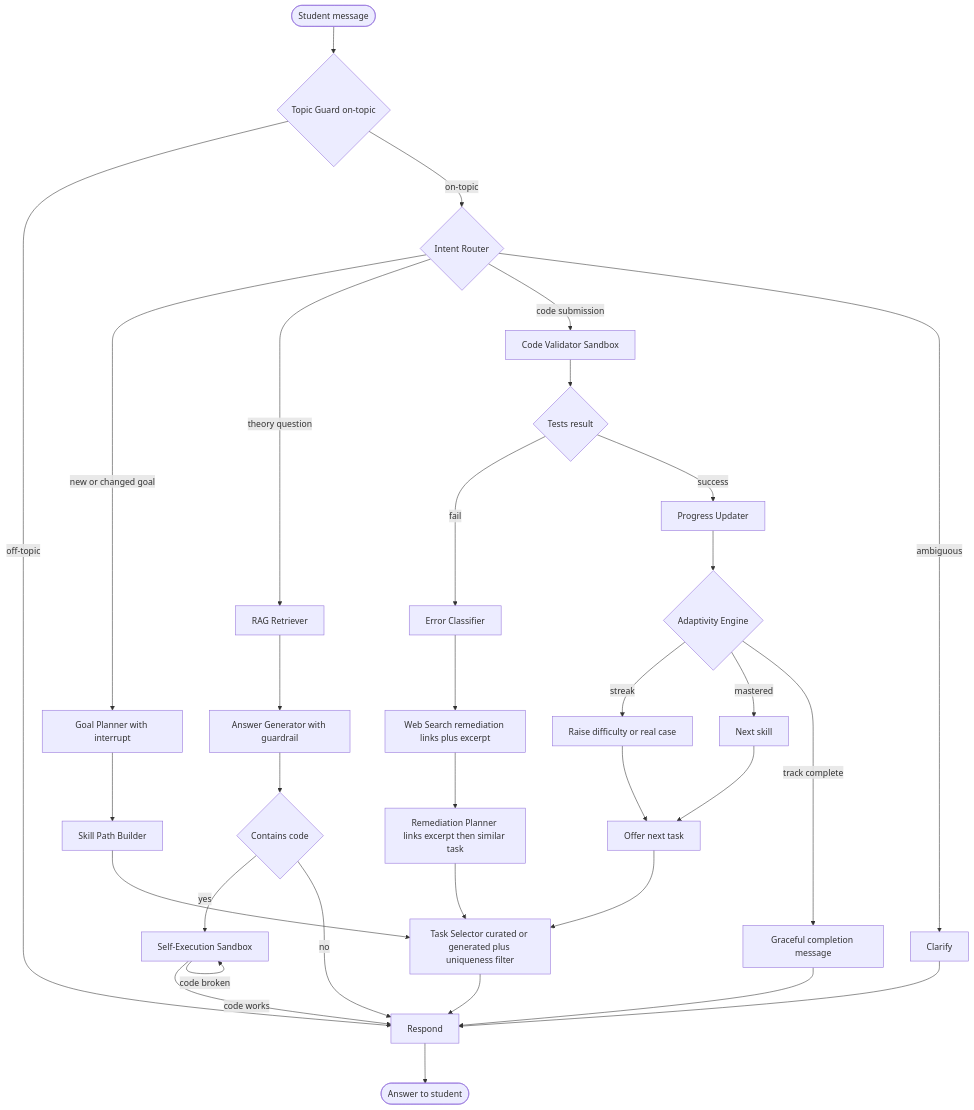
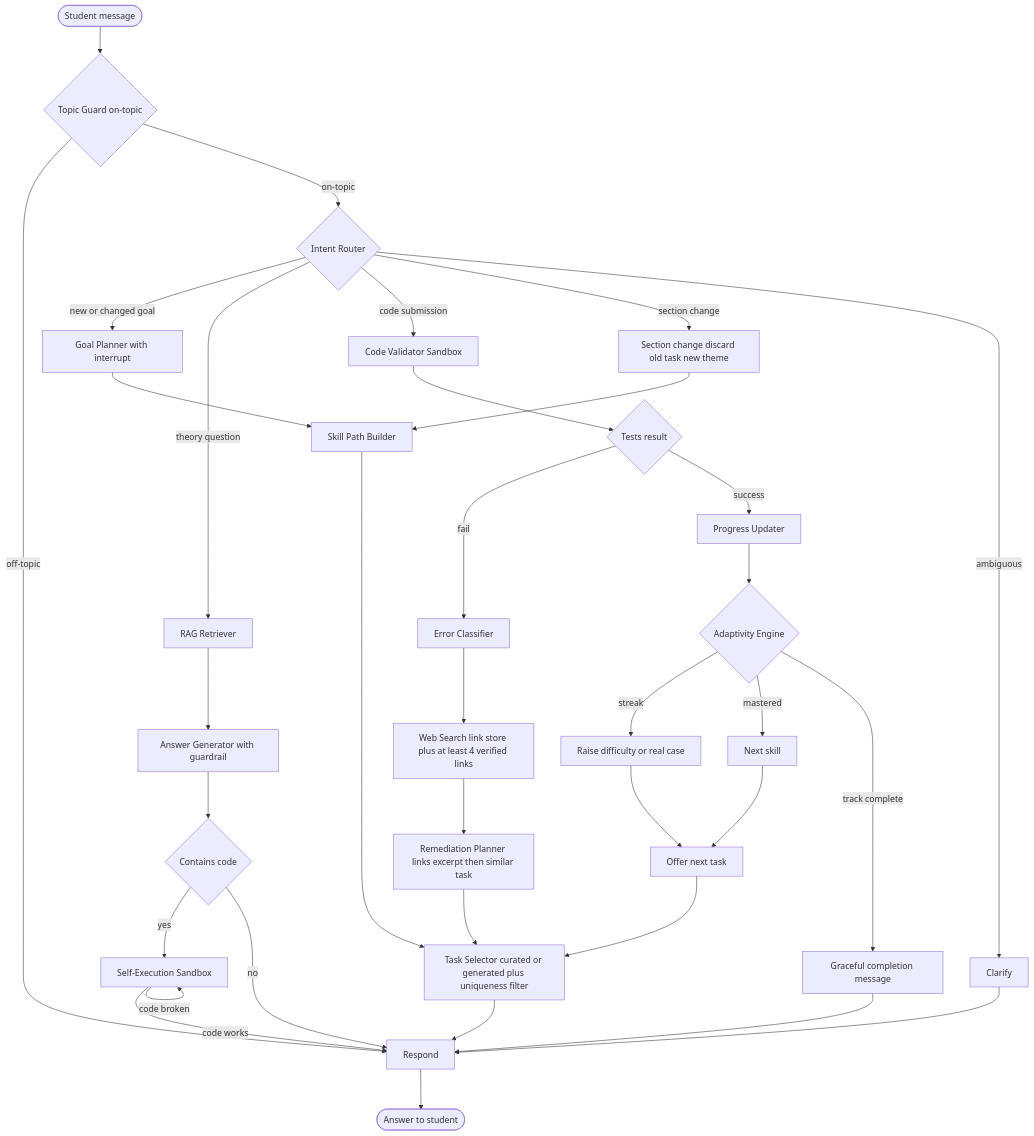
Before and after one commit to dmitrygashnikov/demo_ai_agent: the second of 5 diagrams in README.md, drawn with Mermaid. The commit also changed other lines of this file and 31 other files, not shown here.

````diff
--- a/README.md
+++ b/README.md
@@ -116,42 +122,44 @@
 ```mermaid
 graph TD
     START([Student message]) --> GUARD{Topic Guard on-topic}
     GUARD -->|off-topic| RESPOND[Respond]
     GUARD -->|on-topic| ROUTER{Intent Router}
 
     ROUTER -->|new or changed goal| GOAL[Goal Planner with interrupt]
     ROUTER -->|theory question| RETRIEVE[RAG Retriever]
     ROUTER -->|code submission| VALIDATE[Code Validator Sandbox]
+    ROUTER -->|section change| SECTION[Section change discard old task new theme]
     ROUTER -->|ambiguous| CLARIFY[Clarify]
 
     GOAL --> SKILLPLAN[Skill Path Builder]
+    SECTION --> SKILLPLAN
     SKILLPLAN --> SELECTTASK[Task Selector curated or generated plus uniqueness filter]
 
     RETRIEVE --> GENERATE[Answer Generator with guardrail]
     GENERATE --> CODECHECK{Contains code}
     CODECHECK -->|yes| SELFEXEC[Self-Execution Sandbox]
     CODECHECK -->|no| RESPOND[Respond]
     SELFEXEC -->|code works| RESPOND
     SELFEXEC -->|code broken| SELFEXEC
 
     VALIDATE --> DIAGNOSE{Tests result}
     DIAGNOSE -->|fail| CLASSIFY[Error Classifier]
     DIAGNOSE -->|success| PROGRESS[Progress Updater]
 
-    CLASSIFY --> WEBSEARCH[Web Search remediation links plus excerpt]
+    CLASSIFY --> WEBSEARCH[Web Search link store plus at least 4 verified links]
     WEBSEARCH --> REMEDIATE[Remediation Planner links excerpt then similar task]
     REMEDIATE --> SELECTTASK
 
     PROGRESS --> ADAPT{Adaptivity Engine}
     ADAPT -->|streak| LEVELUP[Raise difficulty or real case]
     ADAPT -->|mastered| NEXTSKILL[Next skill]
     ADAPT -->|track complete| DONE[Graceful completion message]
     LEVELUP --> OFFERNEXT[Offer next task]
     NEXTSKILL --> OFFERNEXT
     OFFERNEXT --> SELECTTASK
 
     SELECTTASK --> RESPOND
     CLARIFY --> RESPOND
     DONE --> RESPOND
     RESPOND --> END([Answer to student])
 ```
````
